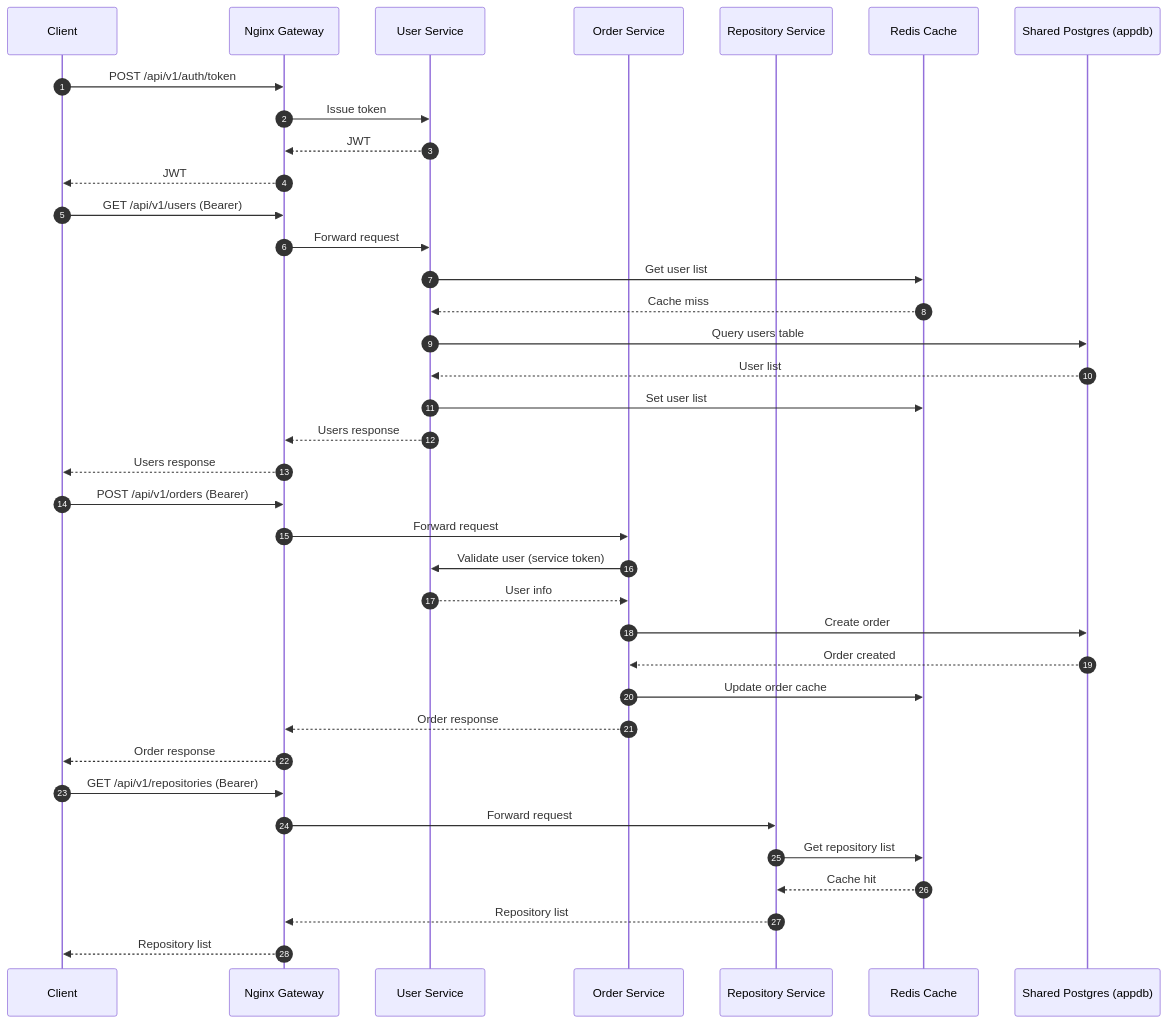
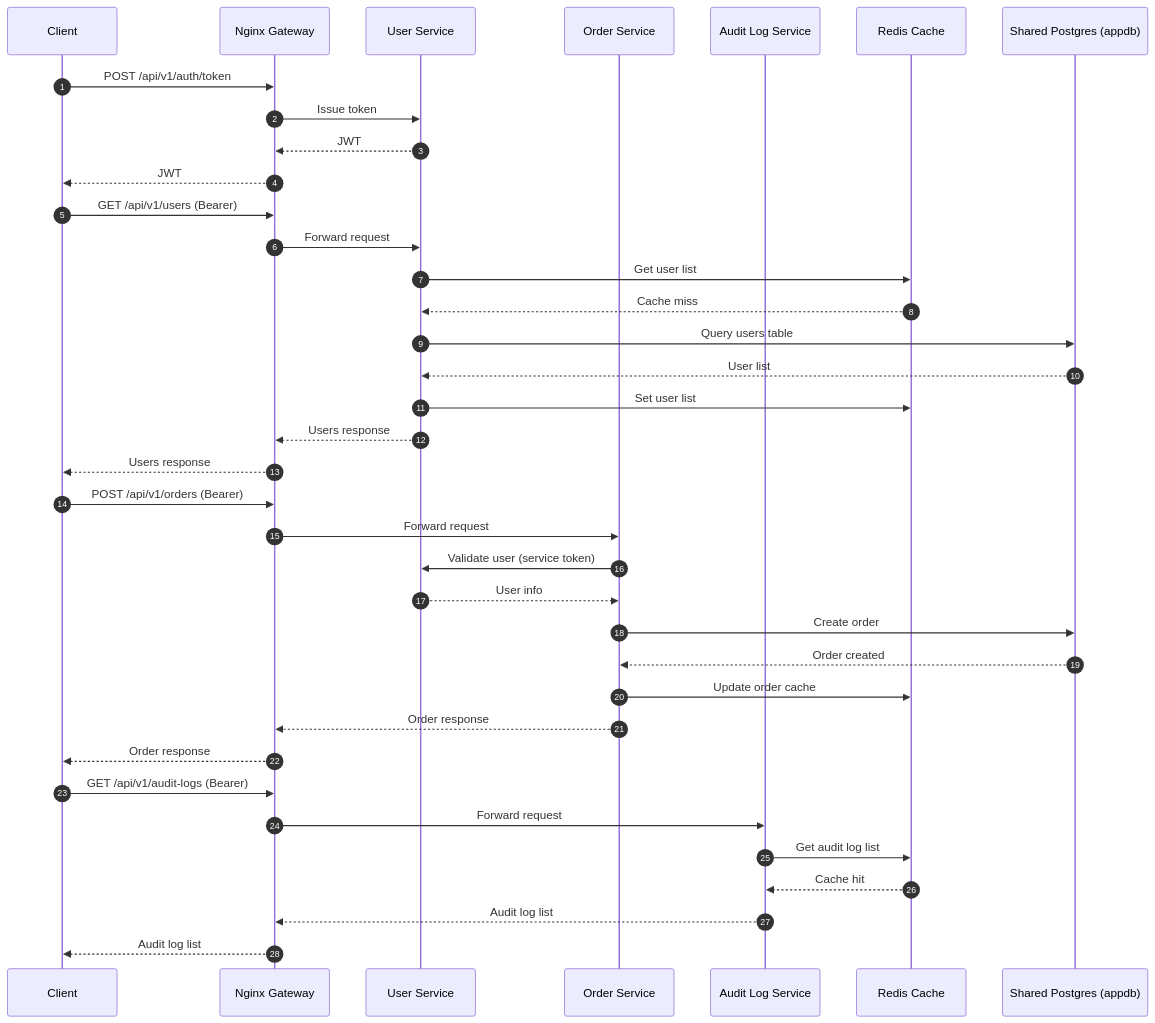
Before and after one commit to RashadTanjim/golang-enterprise-microservice-system: the diagram in docs/call-flow.mmd, drawn with Mermaid. The commit also changed 42 other files, not shown here.

Commit message:
feat: rename repository service to audit log service

```diff
--- a/docs/call-flow.mmd
+++ b/docs/call-flow.mmd
@@ -1,41 +1,41 @@
 sequenceDiagram
   autonumber
   participant Client
   participant Gateway as Nginx Gateway
   participant UserSvc as User Service
   participant OrderSvc as Order Service
-  participant RepoSvc as Repository Service
+  participant AuditSvc as Audit Log Service
   participant Redis as Redis Cache
   participant AppDB as Shared Postgres (appdb)
 
   Client->>Gateway: POST /api/v1/auth/token
   Gateway->>UserSvc: Issue token
   UserSvc-->>Gateway: JWT
   Gateway-->>Client: JWT
 
   Client->>Gateway: GET /api/v1/users (Bearer)
   Gateway->>UserSvc: Forward request
   UserSvc->>Redis: Get user list
   Redis-->>UserSvc: Cache miss
   UserSvc->>AppDB: Query users table
   AppDB-->>UserSvc: User list
   UserSvc->>Redis: Set user list
   UserSvc-->>Gateway: Users response
   Gateway-->>Client: Users response
 
   Client->>Gateway: POST /api/v1/orders (Bearer)
   Gateway->>OrderSvc: Forward request
   OrderSvc->>UserSvc: Validate user (service token)
   UserSvc-->>OrderSvc: User info
   OrderSvc->>AppDB: Create order
   AppDB-->>OrderSvc: Order created
   OrderSvc->>Redis: Update order cache
   OrderSvc-->>Gateway: Order response
   Gateway-->>Client: Order response
 
-  Client->>Gateway: GET /api/v1/repositories (Bearer)
-  Gateway->>RepoSvc: Forward request
-  RepoSvc->>Redis: Get repository list
-  Redis-->>RepoSvc: Cache hit
-  RepoSvc-->>Gateway: Repository list
-  Gateway-->>Client: Repository list
+  Client->>Gateway: GET /api/v1/audit-logs (Bearer)
+  Gateway->>AuditSvc: Forward request
+  AuditSvc->>Redis: Get audit log list
+  Redis-->>AuditSvc: Cache hit
+  AuditSvc-->>Gateway: Audit log list
+  Gateway-->>Client: Audit log list
```
